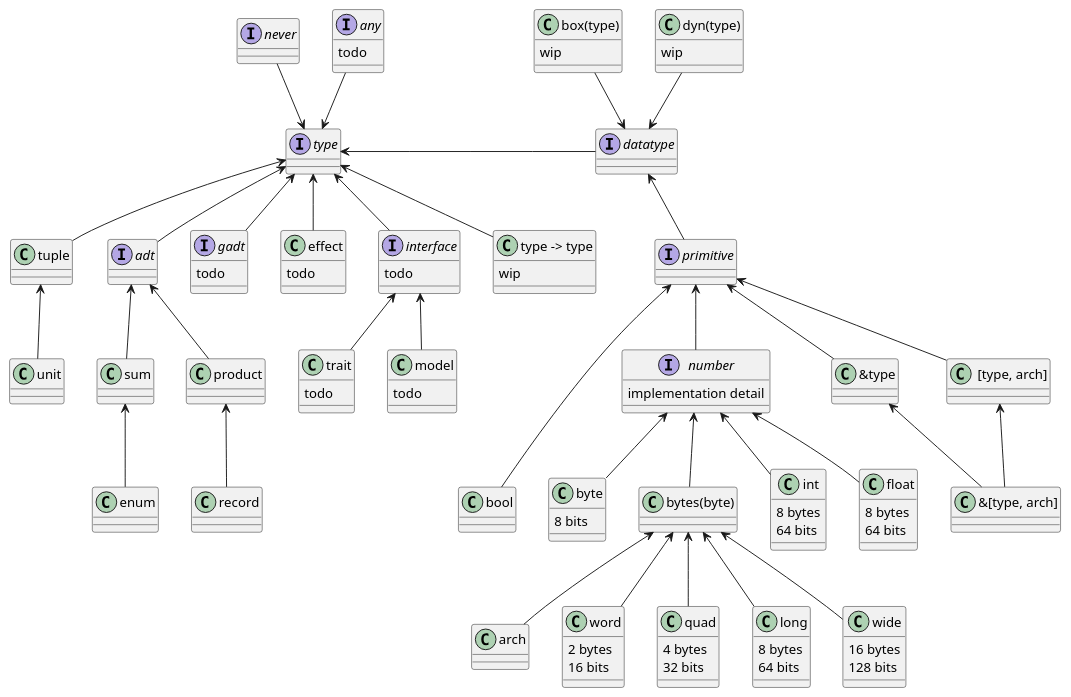
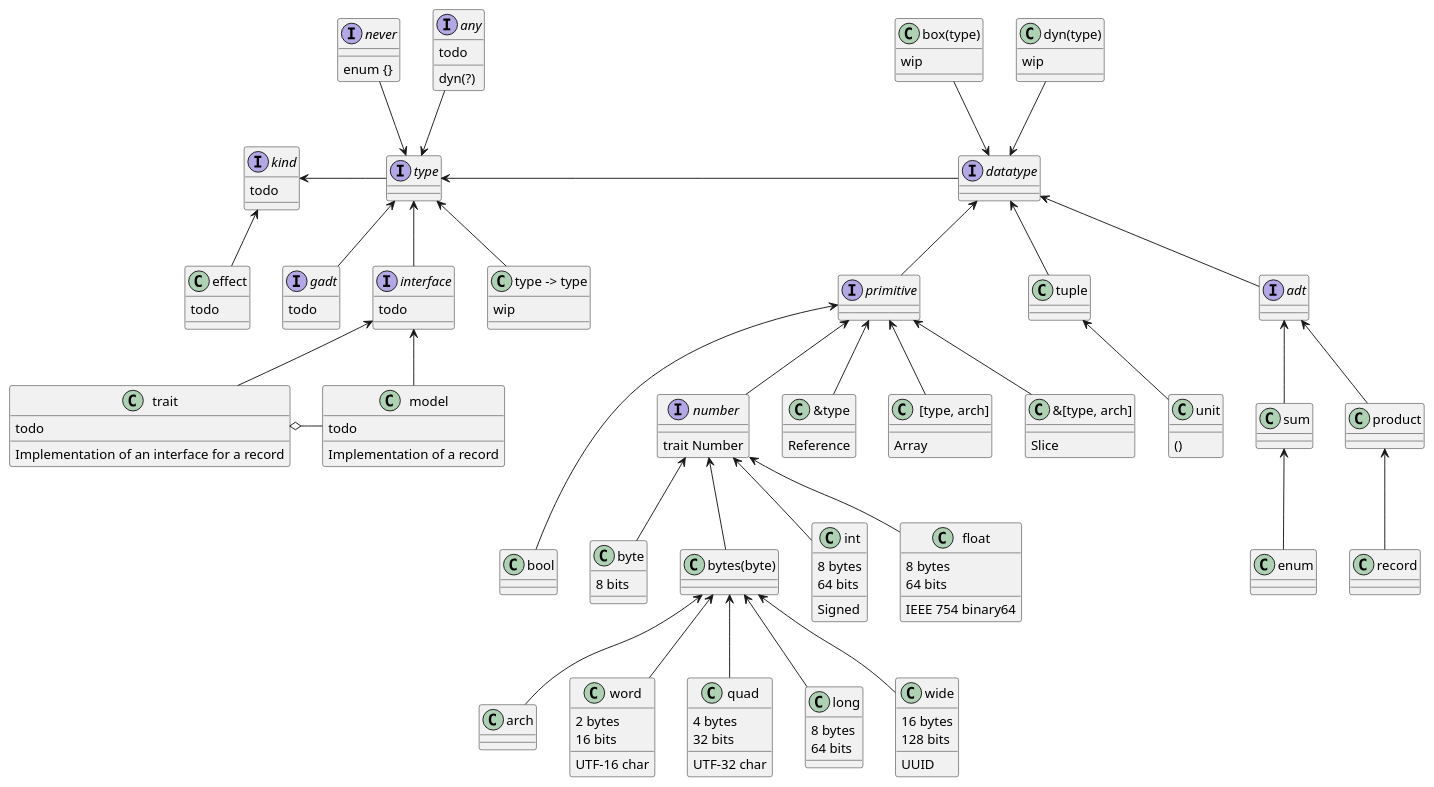
The diagram in types.plantuml (Trehinos/roussillon-type-system), drawn with PlantUML before and after one commit.

Commit message:
Type diagram updated. Comments, kind. adt and tuple reordered.

```diff
--- a/types.plantuml
+++ b/types.plantuml
@@ -1,111 +1,147 @@
 @startuml
+interface kind {
+    todo
+}
+class effect {
+    todo
+}
+kind <-- effect
 interface type
-interface never
+interface never {
+    __
+    enum {}
+}
 interface any {
     todo
+    __
+    dyn(?)
 }
+kind <- type
 never --> type
 any --> type
 interface primitive
 interface datatype
 type <- datatype
 datatype <-- primitive
 class bool
 primitive <--- bool
 interface number {
-    implementation detail
+    __
+    trait Number
 }
 class byte {
     8 bits
 }
 number <--  byte
 class bytes(byte)
 number <-- "bytes(byte)"
 class arch
 "bytes(byte)" <-- arch
 class word {
     2 bytes
     16 bits
+    __
+    UTF-16 char
 }
 "bytes(byte)" <-- word
 class quad {
     4 bytes
     32 bits
+    __
+    UTF-32 char
 }
 "bytes(byte)" <-- quad
 class long {
     8 bytes
     64 bits
 }
 "bytes(byte)" <-- long
 class wide {
     16 bytes
     128 bits
+    __
+    UUID
 }
 "bytes(byte)" <-- wide
 primitive <-- number
 class int {
     8 bytes
     64 bits
+    __
+    Signed
 }
 number <--  int
 class float {
     8 bytes
     64 bits
+    __
+    IEEE 754 binary64
 }
 number <--  float
-class &type
+class &type {
+    __
+    Reference
+}
 primitive <-- "&type"
-class " [type, arch]"
+class " [type, arch]" {
+    __
+    Array
+}
 primitive <-- " [type, arch]"
-class "&[type, arch]"
-"&type" <-- "&[type, arch]"
-" [type, arch]" <-- "&[type, arch]"
+class "&[type, arch]" {
+    __
+    Slice
+}
+primitive <-- "&[type, arch]"
 "box(type)" --> datatype
 "dyn(type)" --> datatype
 class tuple
-class unit
-type <-- tuple
+class unit {
+    __
+    ()
+}
+datatype <-- tuple
 tuple <-- unit
 interface adt
 interface gadt {
     todo
 }
 class trait {
     todo
+    __
+    Implementation of an interface for a record
 }
 class model {
     todo
+    __
+    Implementation of a record
 }
 class enum
 class record
-class effect {
-    todo
-}
 
-type <-- adt
+datatype <-- adt
 adt <-- sum
 adt <-- product
 product <-- record
 sum <-- enum
 
 type <-- gadt
-type <-- effect
 interface interface {
     todo
 }
 type <-- interface
 interface <-- trait
 interface <-- model
+trait o- model
 class "type -> type" {
     wip
 }
 type <-- "type -> type"
 class box(type) {
     wip
 }
 class dyn(type) {
     wip
 }
 
 @enduml
```
